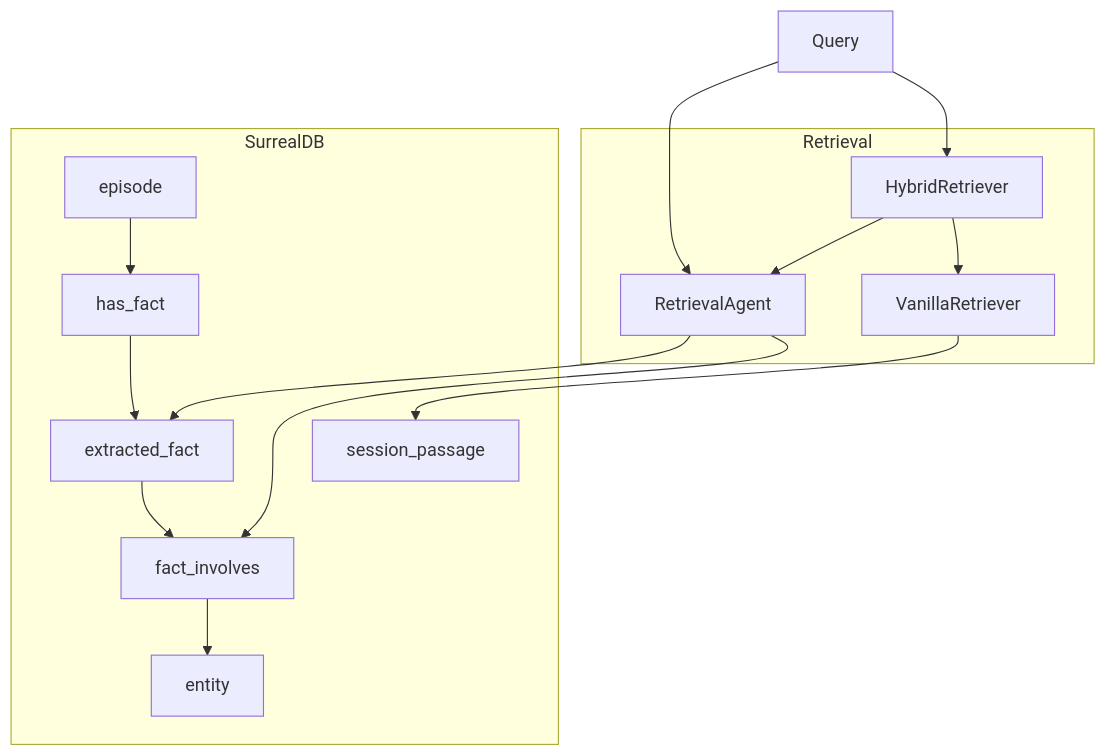
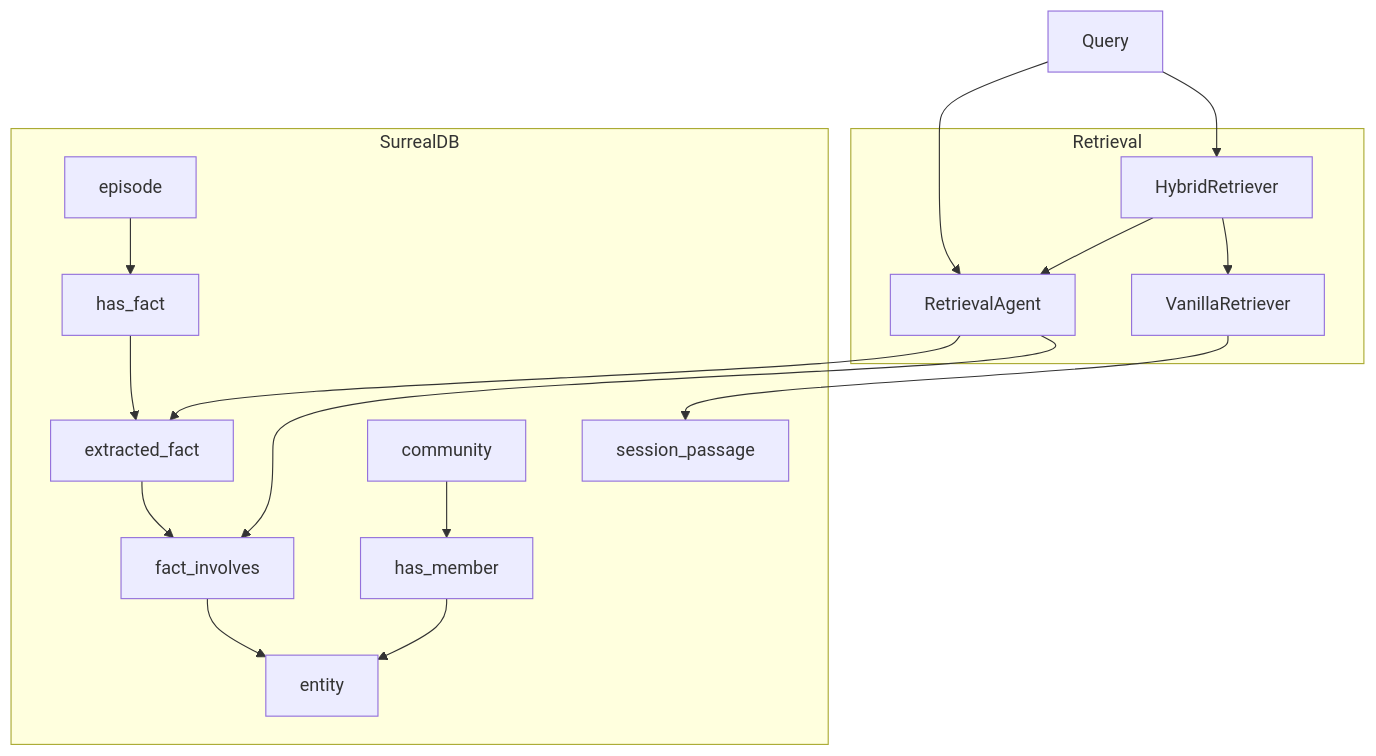
Before and after one commit to daruoktab/tempograph: the fourth of 5 diagrams in README.md, drawn with Mermaid. The commit also changed other lines of this file and 104 other files, not shown here.

First line of the commit message:
Refactor: Flatten src/ structure and implement Graphiti-like graph algorithms

````diff
--- a/README.md
+++ b/README.md
@@ -90,29 +90,32 @@
 ```mermaid
 flowchart TB
     Q[Query]
 
-    subgraph rag [Retrieval]
+    subgraph retrieval [Retrieval]
         RA[RetrievalAgent]
         VR[VanillaRetriever]
         HY[HybridRetriever]
     end
 
     subgraph surreal [SurrealDB]
         FT[extracted_fact]
         SP[session_passage]
         EP[episode]
         EN[entity]
+        CM[community]
         R1[has_fact]
         R2[fact_involves]
+        R3[has_member]
     end
 
     Q --> RA
     Q --> HY
     HY --> RA
     HY --> VR
     RA --> FT
     RA --> R2
     VR --> SP
     EP --> R1 --> FT
     FT --> R2 --> EN
+    CM --> R3 --> EN
 ```
````
